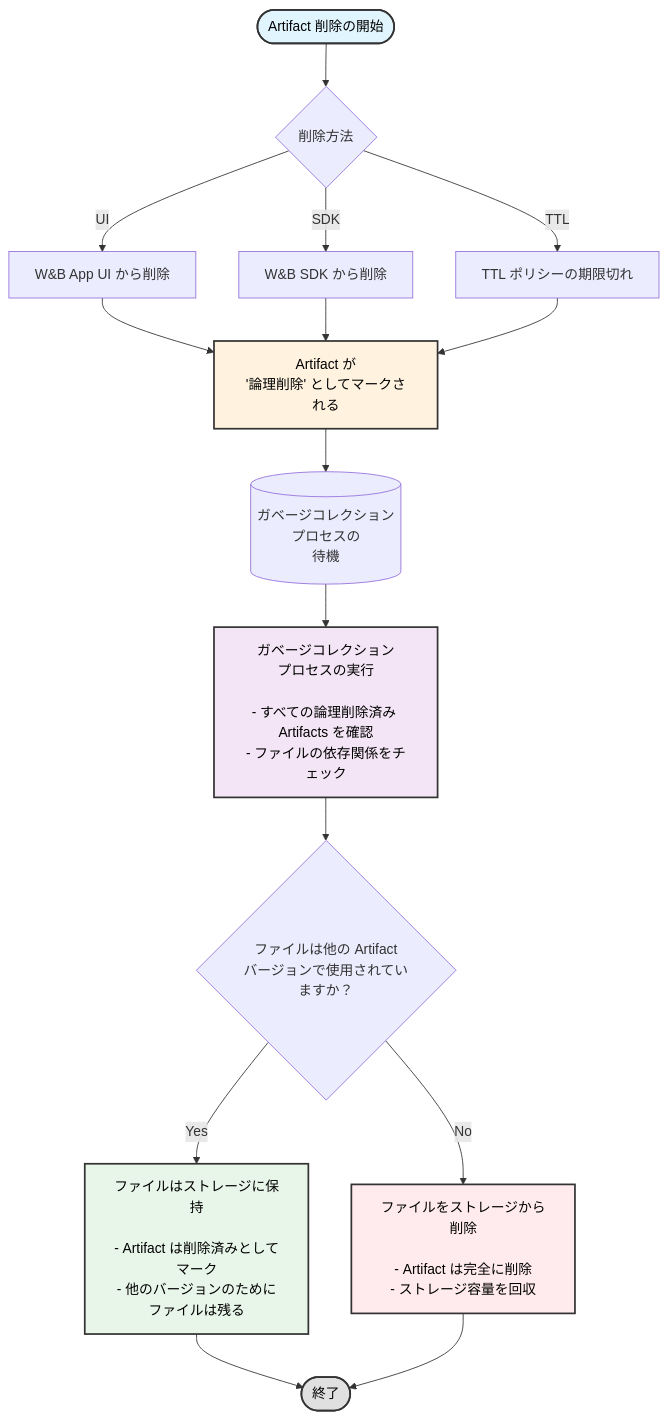
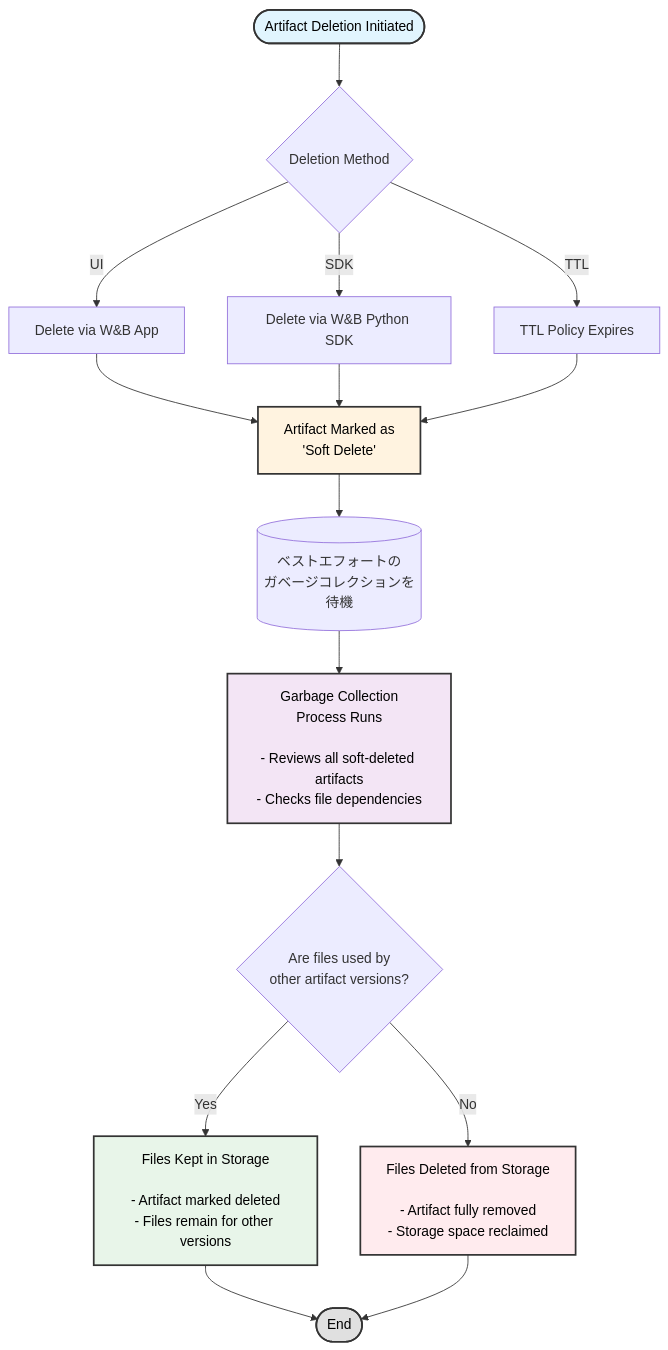
The diagram in ja/models/artifacts/delete-artifacts.mdx (wandb/docs), drawn with Mermaid before and after one commit. The commit also changed other lines of this file and 4312 other files, not shown here.

````diff
--- a/ja/models/artifacts/delete-artifacts.mdx
+++ b/ja/models/artifacts/delete-artifacts.mdx
@@ -14,31 +20,31 @@
 ```mermaid
 graph TB
-    Start([Artifact 削除の開始]) --> DeleteMethod{削除方法}
+    Start([Artifact Deletion Initiated]) --> DeleteMethod{Deletion Method}
     
-    DeleteMethod -->|UI| UIDelete[W&B App UI から削除]
-    DeleteMethod -->|SDK| SDKDelete[W&B SDK から削除]
-    DeleteMethod -->|TTL| TTLDelete[TTL ポリシーの期限切れ]
+    DeleteMethod -->|UI| UIDelete[Delete via W&B App]
+    DeleteMethod -->|SDK| SDKDelete[Delete via W&B Python SDK]
+    DeleteMethod -->|TTL| TTLDelete[TTL Policy Expires]
     
-    UIDelete --> SoftDelete[Artifact が<br/>'論理削除' としてマークされる]
+    UIDelete --> SoftDelete[Artifact Marked as<br/>'Soft Delete']
     SDKDelete --> SoftDelete
     TTLDelete --> SoftDelete
     
-    SoftDelete --> GCWait[(ガベージコレクション<br/>プロセスの<br/>待機)]
+    SoftDelete --> GCWait[(ベストエフォートの<br/>ガベージコレクションを<br/>待機)]
     
-    GCWait --> GCRun[ガベージコレクション<br/>プロセスの実行<br/><br/>- すべての論理削除済み Artifacts を確認<br/>- ファイルの依存関係をチェック]
+    GCWait --> GCRun[Garbage Collection<br/>Process Runs<br/><br/>- Reviews all soft-deleted artifacts<br/>- Checks file dependencies]
     
-    GCRun --> CheckUsage{ファイルは他の Artifact<br/>バージョンで使用されていますか？}
+    GCRun --> CheckUsage{Are files used by<br/>other artifact versions?}
     
-    CheckUsage -->|Yes| KeepFiles[ファイルはストレージに保持<br/><br/>- Artifact は削除済みとしてマーク<br/>- 他のバージョンのためにファイルは残る]
-    CheckUsage -->|No| DeleteFiles[ファイルをストレージから削除<br/><br/>- Artifact は完全に削除<br/>- ストレージ容量を回収]
+    CheckUsage -->|Yes| KeepFiles[Files Kept in Storage<br/><br/>- Artifact marked deleted<br/>- Files remain for other versions]
+    CheckUsage -->|No| DeleteFiles[Files Deleted from Storage<br/><br/>- Artifact fully removed<br/>- Storage space reclaimed]
     
-    KeepFiles --> End([終了])
+    KeepFiles --> End([End])
     DeleteFiles --> End
     
     style Start fill:#e1f5fe,stroke:#333,stroke-width:2px,color:#000
     style SoftDelete fill:#fff3e0,stroke:#333,stroke-width:2px,color:#000
     style GCRun fill:#f3e5f5,stroke:#333,stroke-width:2px,color:#000
     style KeepFiles fill:#e8f5e9,stroke:#333,stroke-width:2px,color:#000
     style DeleteFiles fill:#ffebee,stroke:#333,stroke-width:2px,color:#000
     style End fill:#e0e0e0,stroke:#333,stroke-width:2px,color:#000
-``` 
+```
````
